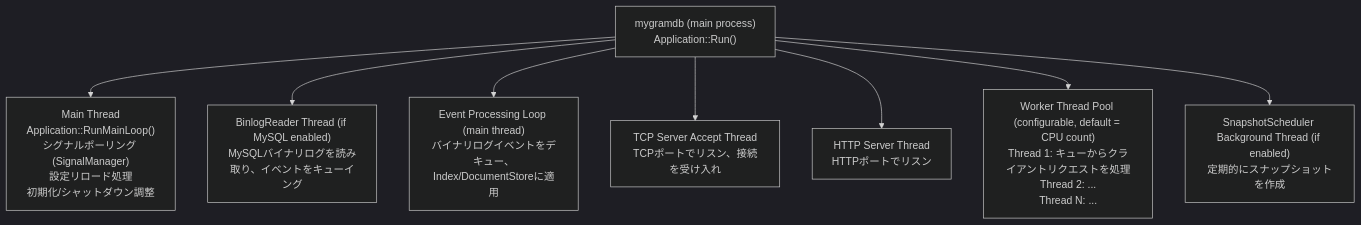
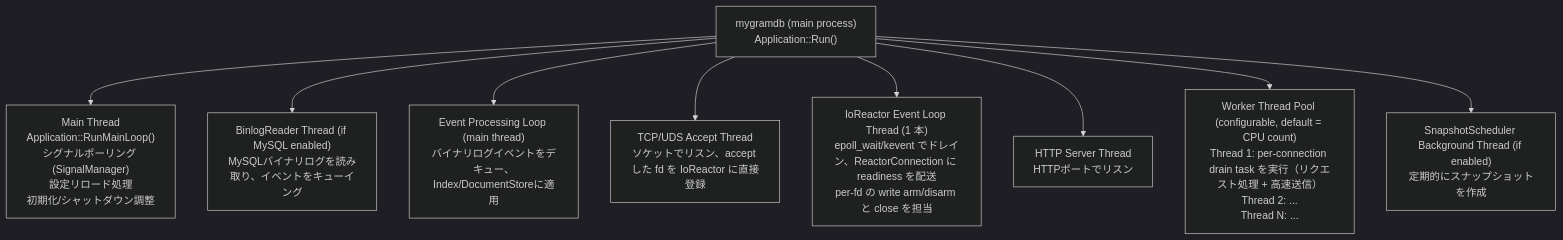
One commit to libraz/mygram-db changed the sixth of 8 diagrams in docs/ja/architecture.md. Above: the diagram before and after it, drawn with Mermaid (dark theme). The commit also changed other lines of this file and 2 other files, not shown here.

First line of the commit message:
docs: Sync architecture and load test references to reactor I/O model

````diff
--- a/docs/ja/architecture.md
+++ b/docs/ja/architecture.md
@@ -562,19 +570,21 @@
 ```mermaid
 graph TB
     Main["mygramdb (main process)<br/>Application::Run()"]
     MainThread["Main Thread<br/>Application::RunMainLoop()<br/>シグナルポーリング (SignalManager)<br/>設定リロード処理<br/>初期化/シャットダウン調整"]
     BinlogThread["BinlogReader Thread (if MySQL enabled)<br/>MySQLバイナリログを読み取り、イベントをキューイング"]
     EventLoop["Event Processing Loop (main thread)<br/>バイナリログイベントをデキュー、Index/DocumentStoreに適用"]
-    TCPThread["TCP Server Accept Thread<br/>TCPポートでリスン、接続を受け入れ"]
+    TCPThread["TCP/UDS Accept Thread<br/>ソケットでリスン、accept した fd を IoReactor に直接登録"]
+    ReactorThread["IoReactor Event Loop Thread (1 本)<br/>epoll_wait/kevent でドレイン、ReactorConnection に readiness を配送<br/>per-fd の write arm/disarm と close を担当"]
     HTTPThread["HTTP Server Thread<br/>HTTPポートでリスン"]
-    WorkerPool["Worker Thread Pool (configurable, default = CPU count)<br/>Thread 1: キューからクライアントリクエストを処理<br/>Thread 2: ...<br/>Thread N: ..."]
+    WorkerPool["Worker Thread Pool (configurable, default = CPU count)<br/>Thread 1: per-connection drain task を実行（リクエスト処理 + 高速送信）<br/>Thread 2: ...<br/>Thread N: ..."]
     SnapshotThread["SnapshotScheduler Background Thread (if enabled)<br/>定期的にスナップショットを作成"]
 
     Main --> MainThread
     Main --> BinlogThread
     Main --> EventLoop
     Main --> TCPThread
+    Main --> ReactorThread
     Main --> HTTPThread
     Main --> WorkerPool
     Main --> SnapshotThread
 ```
````
